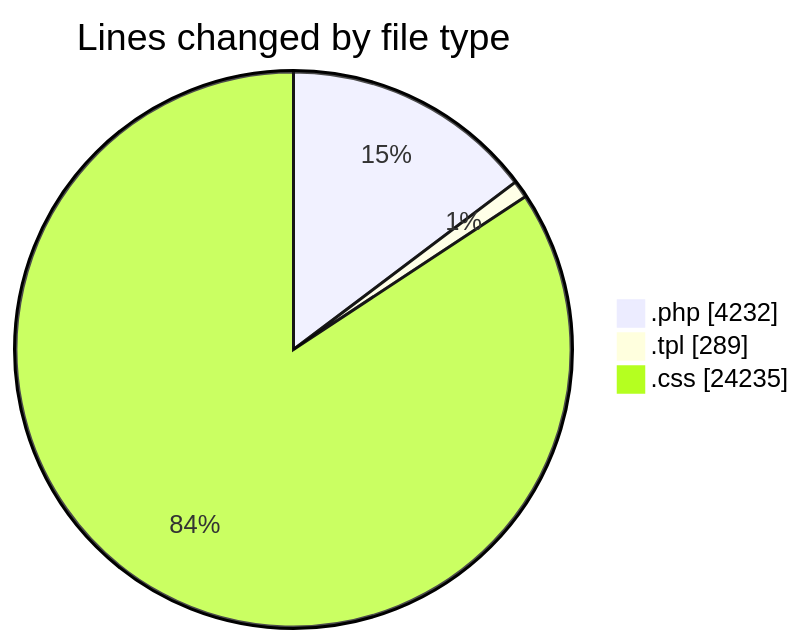
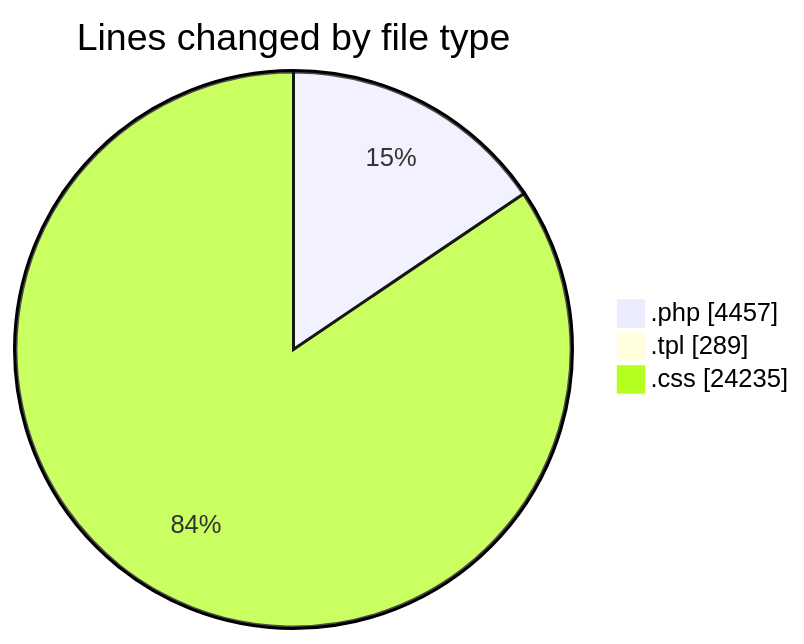
Before and after one commit to vahidmafi/code-tracking: the first of 2 diagrams in 2025-04-18/zeytoon/README.md, drawn with Mermaid. The commit also changed other lines of this file and 1 other file, not shown here.

````diff
--- a/2025-04-18/zeytoon/README.md
+++ b/2025-04-18/zeytoon/README.md
@@ -29,7 +29,7 @@
 ```mermaid
 pie showData
 title Lines changed by file type
-".php" : 4232
+".php" : 4457
 ".tpl" : 289
 ".css" : 24235
 ```
````
